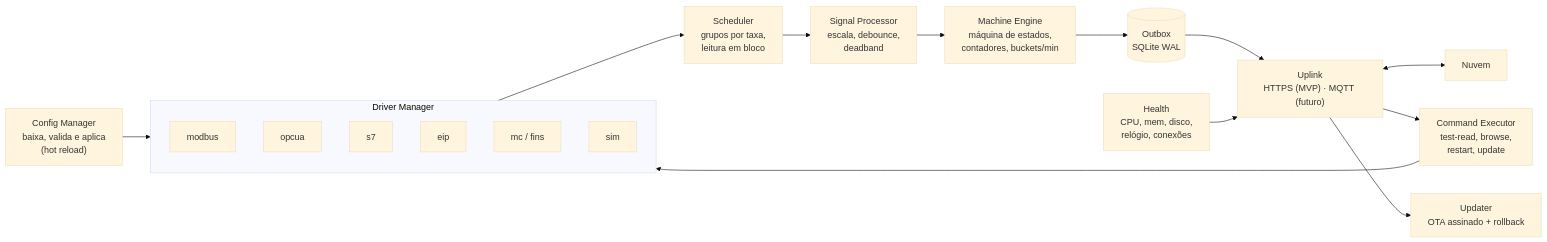
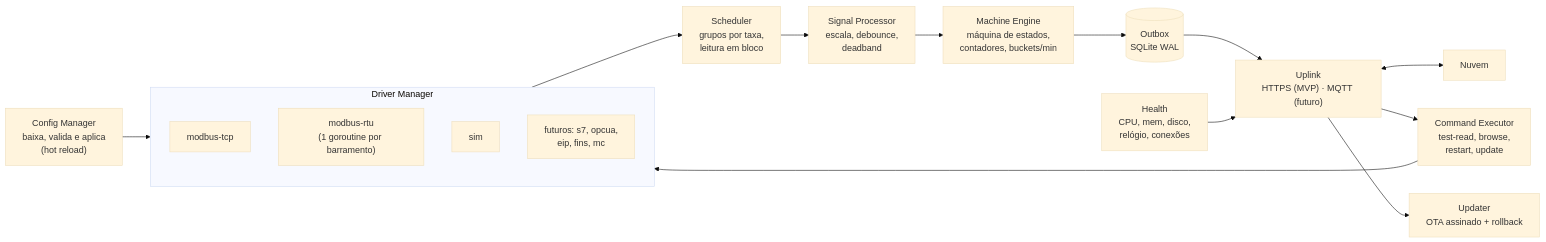
Before and after one commit to EngemaseAutomacao/Engemase-OEE: the diagram in docs/03-gateway.md, drawn with Mermaid (base theme). The commit also changed other lines of this file and 7 other files, not shown here.

First line of the commit message:
docs: hardware do gateway e integração Modbus TCP/RTU

````diff
--- a/docs/03-gateway.md
+++ b/docs/03-gateway.md
@@ -82,23 +126,21 @@
 ```mermaid
 flowchart LR
   CFG["Config Manager<br/>baixa, valida e aplica<br/>(hot reload)"] --> DM
   subgraph DM["Driver Manager"]
     direction TB
-    D1["modbus"]
-    D2["opcua"]
-    D3["s7"]
-    D4["eip"]
-    D5["mc / fins"]
-    D6["sim"]
+    D1["modbus-tcp"]
+    D2["modbus-rtu<br/>(1 goroutine por barramento)"]
+    D3["sim"]
+    D4["futuros: s7, opcua,<br/>eip, fins, mc"]
   end
   DM --> SCH["Scheduler<br/>grupos por taxa,<br/>leitura em bloco"]
   SCH --> SP["Signal Processor<br/>escala, debounce,<br/>deadband"]
   SP --> ME["Machine Engine<br/>máquina de estados,<br/>contadores, buckets/min"]
   ME --> OB[("Outbox<br/>SQLite WAL")]
   OB --> UP["Uplink<br/>HTTPS (MVP) · MQTT (futuro)"]
   UP <--> NUVEM["Nuvem"]
   UP --> CMD["Command Executor<br/>test-read, browse,<br/>restart, update"]
   CMD --> DM
   UP --> UPD["Updater<br/>OTA assinado + rollback"]
   HEALTH["Health<br/>CPU, mem, disco,<br/>relógio, conexões"] --> UP
 ```
````
